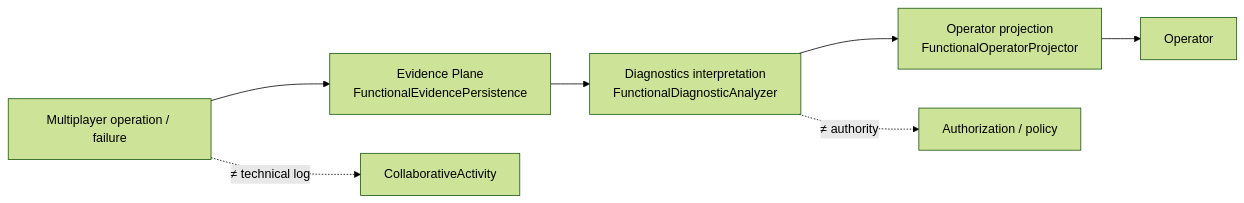
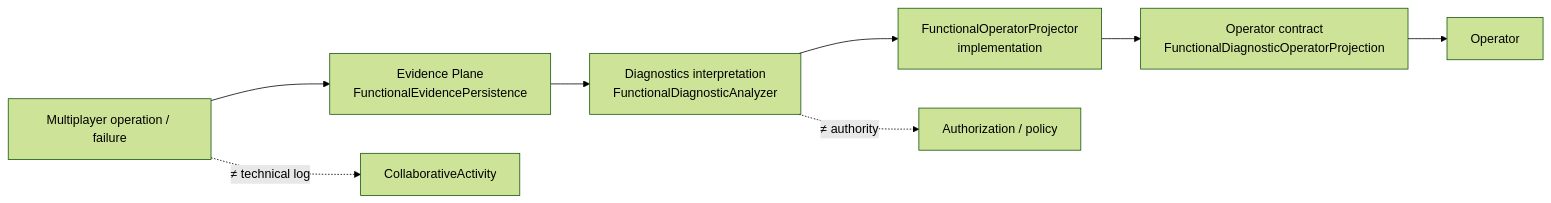
The ninth of 9 diagrams in docs/project/capabilities/architecture/MULTIPLAYER_AI.md (jakbuczarnecki/intergrax), drawn with Mermaid (forest theme) before and after one commit. The commit also changed other lines of this file and 3 other files, not shown here.

````diff
--- a/docs/project/capabilities/architecture/MULTIPLAYER_AI.md
+++ b/docs/project/capabilities/architecture/MULTIPLAYER_AI.md
@@ -299,9 +299,10 @@
 ```mermaid
 flowchart LR
   OP["Multiplayer operation / failure"] --> FE["Evidence Plane<br/>FunctionalEvidencePersistence"]
   FE --> FDA["Diagnostics interpretation<br/>FunctionalDiagnosticAnalyzer"]
-  FDA --> OPV["Operator projection<br/>FunctionalOperatorProjector"]
-  OPV --> OPS["Operator"]
+  FDA --> PROJ["FunctionalOperatorProjector<br/>implementation"]
+  PROJ --> CTR["Operator contract<br/>FunctionalDiagnosticOperatorProjection"]
+  CTR --> OPS["Operator"]
   OP -. "≠ technical log" .-> ACT["CollaborativeActivity"]
   FDA -. "≠ authority" .-> AUTH["Authorization / policy"]
 ```
````
